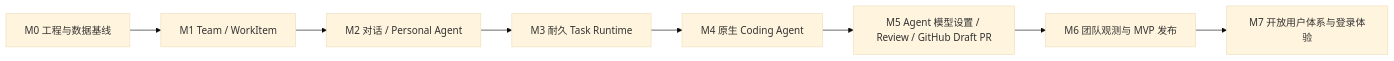
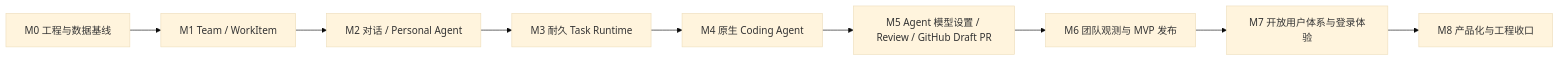
One commit to zhangkaixuan01/crewscope changed the diagram in docs/CrewScope-实施计划.md. Above: the diagram before and after it, drawn with Mermaid (base theme). The commit also changed other lines of this file and 5 other files, not shown here.

````diff
--- a/docs/CrewScope-实施计划.md
+++ b/docs/CrewScope-实施计划.md
@@ -156,10 +157,11 @@
 ```mermaid
 flowchart LR
   M0["M0 工程与数据基线"] --> M1["M1 Team / WorkItem"]
   M1 --> M2["M2 对话 / Personal Agent"]
   M2 --> M3["M3 耐久 Task Runtime"]
   M3 --> M4["M4 原生 Coding Agent"]
   M4 --> M5["M5 Agent 模型设置 / Review / GitHub Draft PR"]
   M5 --> M6["M6 团队观测与 MVP 发布"]
   M6 --> M7["M7 开放用户体系与登录体验"]
+  M7 --> M8["M8 产品化与工程收口"]
 ```
````
